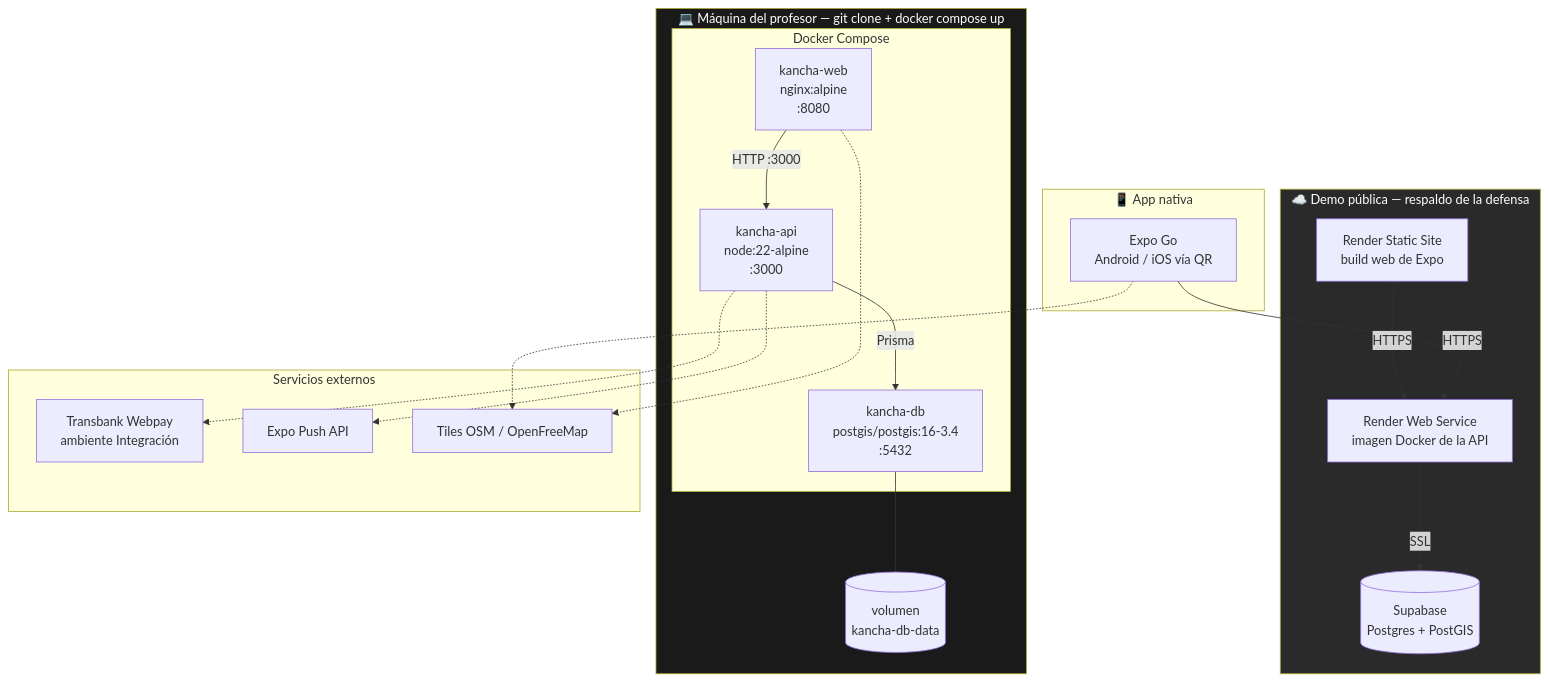
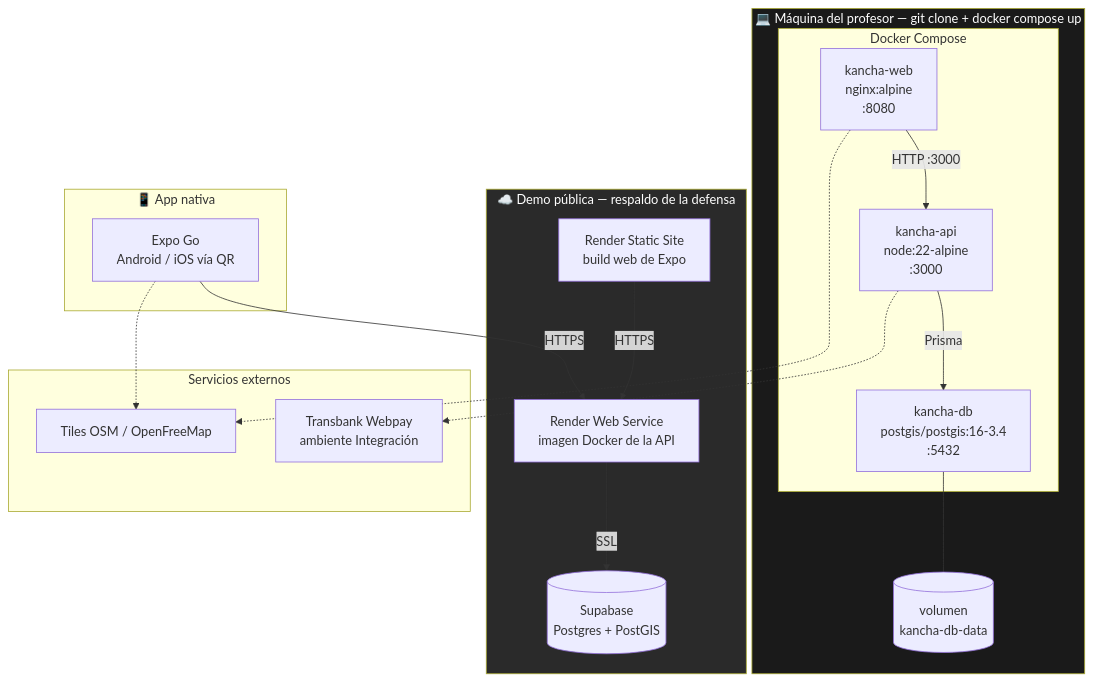
Before and after one commit to avenaaaa/KANCHA: the fifth of 8 diagrams in fase-2-desarrollo/docs/02-diagramas-uml.md, drawn with Mermaid. The commit also changed other lines of this file and 33 other files, not shown here.

````diff
--- a/fase-2-desarrollo/docs/02-diagramas-uml.md
+++ b/fase-2-desarrollo/docs/02-diagramas-uml.md
@@ -213,40 +209,39 @@
 ```mermaid
 flowchart TB
     subgraph DEV["💻 Máquina del profesor — git clone + docker compose up"]
         subgraph DC["Docker Compose"]
             C1["kancha-db<br/>postgis/postgis:16-3.4<br/>:5432"]
             C2["kancha-api<br/>node:22-alpine<br/>:3000"]
             C3["kancha-web<br/>nginx:alpine<br/>:8080"]
         end
         VOL[("volumen<br/>kancha-db-data")]
     end
 
     subgraph CLOUD["☁️ Demo pública — respaldo de la defensa"]
         R1["Render Web Service<br/>imagen Docker de la API"]
         R2["Render Static Site<br/>build web de Expo"]
         S1[("Supabase<br/>Postgres + PostGIS")]
     end
 
     subgraph MOBILE["📱 App nativa"]
         M1["Expo Go<br/>Android / iOS vía QR"]
     end
 
     subgraph EXT["Servicios externos"]
         E1["Transbank Webpay<br/>ambiente Integración"]
-        E2["Expo Push API"]
         E3["Tiles OSM / OpenFreeMap"]
     end
 
     C3 -->|"HTTP :3000"| C2
     C2 -->|"Prisma"| C1
     C1 --- VOL
     R2 -->|"HTTPS"| R1
     R1 -->|"SSL"| S1
     M1 -->|"HTTPS"| R1
-    C2 -.-> E1 & E2
+    C2 -.-> E1
     C3 -.-> E3
     M1 -.-> E3
 
     style DEV fill:#1A1A1A,color:#FFFFFF
     style CLOUD fill:#2A2A2A,color:#FFFFFF
 ```
````
